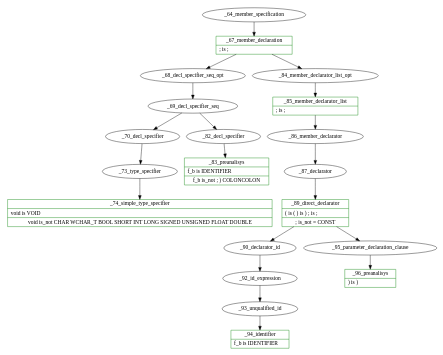
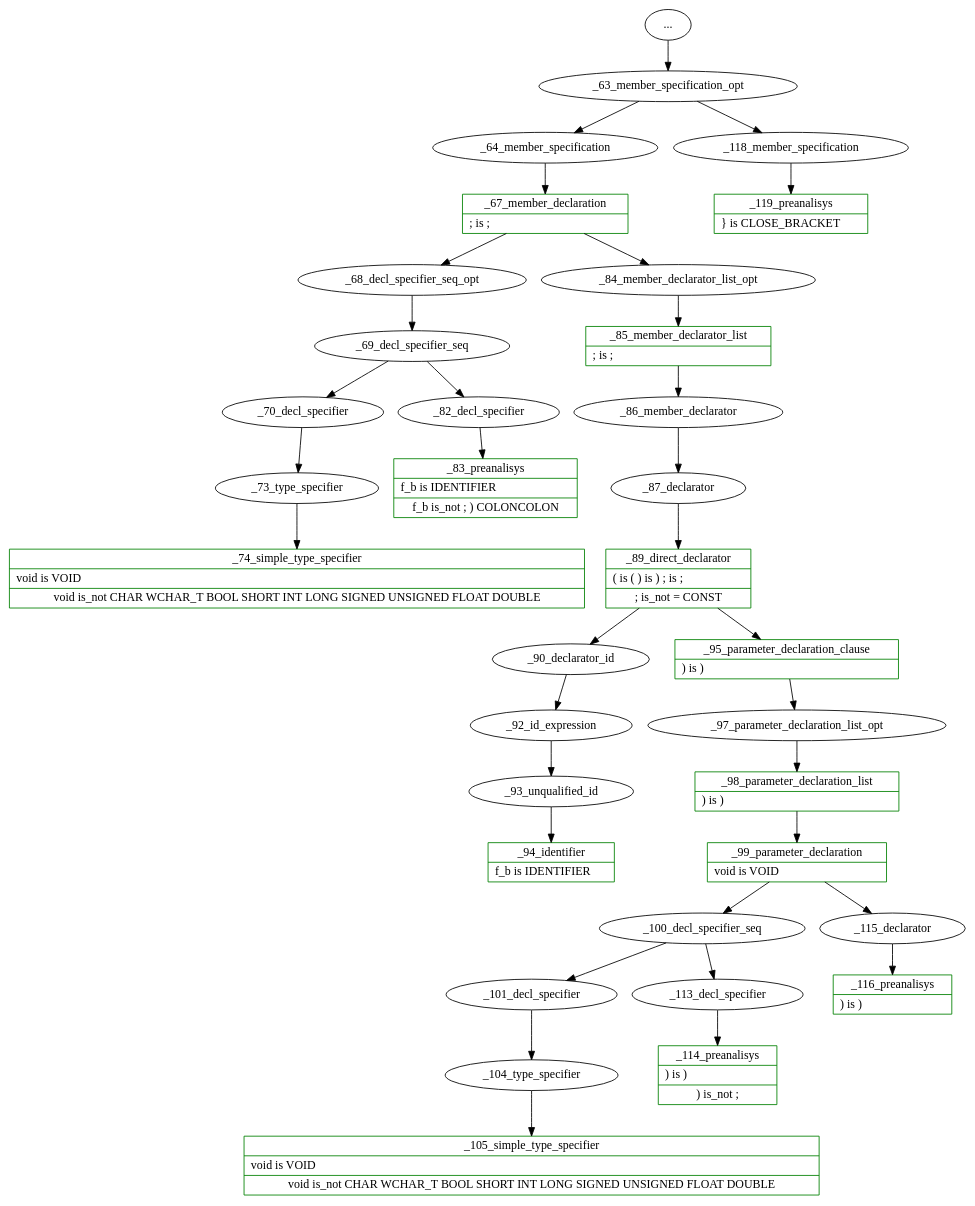
The diagram in programmer_manual/chapter_advanced_trace/inner_classes_03.dot (fructu/abidos_cpp_doc), drawn with Graphviz before and after one commit. The commit also changed 3 other files, not shown here.

```diff
--- a/programmer_manual/chapter_advanced_trace/inner_classes_03.dot
+++ b/programmer_manual/chapter_advanced_trace/inner_classes_03.dot
@@ -1,73 +1,126 @@
 digraph inner_classes_03 {
 //	rankdir=LR;
-	size="7,8!";
+//	size="7,8!";
 
-//  _CONTINUE_1 [label="..."]
+  _CONTINUE_1 [label="..."]
 //  _CONTINUE_2 [label="..."]
 
+  _63_member_specification_opt[label="_63_member_specification_opt"]
   _64_member_specification[label="_64_member_specification"]
 //  _65_preanalisys[label="{_65_preanalisys|void\ is_not \_}", shape="record", color=black, style=dotted]
 //  _66_access_specifier[label="{_66_access_specifier|void\ is_not PRIVATE\ PROTECTED\ PUBLIC}", shape="record", color=black, style=dotted]
   _67_member_declaration[label="{_67_member_declaration|; is  ; \l}", shape="record", color=green]
   _68_decl_specifier_seq_opt[label="_68_decl_specifier_seq_opt"]
   _69_decl_specifier_seq[label="_69_decl_specifier_seq"]
   _70_decl_specifier[label="_70_decl_specifier"]
 //  _71_preanalisys[label="{_71_preanalisys|void\ is_not ;\ )\ COLONCOLON\ IDENTIFIER\ ~\ #}", shape="record", color=black, style=dotted]
 //  _72_storage_class_specifier[label="{_72_storage_class_specifier|void\ is_not AUTO\ REGISTER\ STATIC\ EXTERN\ MUTABLE}", shape="record", color=black, style=dotted]
   _73_type_specifier[label="_73_type_specifier"]
   _74_simple_type_specifier[label="{_74_simple_type_specifier|void is VOID\l|void\ is_not CHAR\ WCHAR_T\ BOOL\ SHORT\ INT\ LONG\ SIGNED\ UNSIGNED\ FLOAT\ DOUBLE}", shape="record", color=green]
 //  _75_type_name[label="_75_type_name"]
 //  _76_class_name[label="{_76_class_name|void\ is_not CLASS_NAME}", shape="record", color=black, style=dotted]
 //  _77_enum_name[label="{_77_enum_name|void\ is_not ENUM\ ENUM_NAME}", shape="record", color=black, style=dotted]
 //  _78_typedef_name[label="{_78_typedef_name|void\ is_not TYPEDEF_NAME}", shape="record", color=black, style=dotted]
 //  _79_nested_name_specifier[label="{_79_nested_name_specifier|void\ is_not CLASS_NAME\ NAMESPACE_NAME\ TEMPLATE_NAME}", shape="record", color=black, style=dotted]
 //  _80_template_id[label="_80_template_id"]
 //  _81_template_name[label="{_81_template_name|void\ is_not TEMPLATE_NAME}", shape="record", color=black, style=dotted]
   _82_decl_specifier[label="_82_decl_specifier"]
   _83_preanalisys[label="{_83_preanalisys|f_b is IDENTIFIER\l|f_b\ is_not ;\ )\ COLONCOLON}", shape="record", color=green]
   _84_member_declarator_list_opt[label="_84_member_declarator_list_opt"]
   _85_member_declarator_list[label="{_85_member_declarator_list|; is  ; \l}", shape="record", color=green]
   _86_member_declarator[label="_86_member_declarator"]
   _87_declarator[label="_87_declarator"]
 //  _88_preanalisys[label="{_88_preanalisys|f_b\ is_not )\ ;}", shape="record", color=black, style=dotted]
   _89_direct_declarator[label="{_89_direct_declarator|( is  ( ) is  ) ; is  ; \l|;\ is_not =\ CONST}", shape="record", color=green]
   _90_declarator_id[label="_90_declarator_id"]
 //  _91_COLONCOLON_opt[label="{_91_COLONCOLON_opt|f_b\ is_not COLONCOLON}", shape="record", color=black, style=dotted]
   _92_id_expression[label="_92_id_expression"]
   _93_unqualified_id[label="_93_unqualified_id"]
   _94_identifier[label="{_94_identifier|f_b is IDENTIFIER\l}", shape="record", color=green]
-  _95_parameter_declaration_clause[label="_95_parameter_declaration_clause"]
-  _96_preanalisys[label="{_96_preanalisys|) is  ) \l}", shape="record", color=green]
+  _95_parameter_declaration_clause[label="{_95_parameter_declaration_clause|) is  ) \l}", shape="record", color=green]
+//  _96_preanalisys[label="{_96_preanalisys|void\ is_not )}", shape="record", color=black, style=dotted]
+  _97_parameter_declaration_list_opt[label="_97_parameter_declaration_list_opt"]
+  _98_parameter_declaration_list[label="{_98_parameter_declaration_list|) is  ) \l}", shape="record", color=green]
+  _99_parameter_declaration[label="{_99_parameter_declaration|void is VOID\l}", shape="record", color=green]
+  _100_decl_specifier_seq[label="_100_decl_specifier_seq"]
+  _101_decl_specifier[label="_101_decl_specifier"]
+//  _102_preanalisys[label="{_102_preanalisys|void\ is_not ;\ )\ COLONCOLON\ IDENTIFIER\ ~\ #}", shape="record", color=black, style=dotted]
+//  _103_storage_class_specifier[label="{_103_storage_class_specifier|void\ is_not AUTO\ REGISTER\ STATIC\ EXTERN\ MUTABLE}", shape="record", color=black, style=dotted]
+  _104_type_specifier[label="_104_type_specifier"]
+  _105_simple_type_specifier[label="{_105_simple_type_specifier|void is VOID\l|void\ is_not CHAR\ WCHAR_T\ BOOL\ SHORT\ INT\ LONG\ SIGNED\ UNSIGNED\ FLOAT\ DOUBLE}", shape="record", color=green]
+//  _106_type_name[label="_106_type_name"]
+//  _107_class_name[label="{_107_class_name|void\ is_not CLASS_NAME}", shape="record", color=black, style=dotted]
+//  _108_enum_name[label="{_108_enum_name|void\ is_not ENUM\ ENUM_NAME}", shape="record", color=black, style=dotted]
+//  _109_typedef_name[label="{_109_typedef_name|void\ is_not TYPEDEF_NAME}", shape="record", color=black, style=dotted]
+//  _110_nested_name_specifier[label="{_110_nested_name_specifier|void\ is_not CLASS_NAME\ NAMESPACE_NAME\ TEMPLATE_NAME}", shape="record", color=black, style=dotted]
+//  _111_template_id[label="_111_template_id"]
+//  _112_template_name[label="{_112_template_name|void\ is_not TEMPLATE_NAME}", shape="record", color=black, style=dotted]
+  _113_decl_specifier[label="_113_decl_specifier"]
+  _114_preanalisys[label="{_114_preanalisys|) is  ) \l|)\ is_not ;}", shape="record", color=green]
+  _115_declarator[label="_115_declarator"]
+  _116_preanalisys[label="{_116_preanalisys|) is  ) \l}", shape="record", color=green]
+//  _117_ELLIPSIS_opt[label="{_117_ELLIPSIS_opt|)\ is_not ELLIPSIS}", shape="record", color=black, style=dotted]
+  _118_member_specification[label="_118_member_specification"]
+  _119_preanalisys[label="{_119_preanalisys| \}  is  CLOSE_BRACKET \l}", shape="record", color=green]
 
 
+
+
+  _CONTINUE_1 -> _63_member_specification_opt;
+  _63_member_specification_opt->_64_member_specification;
+//  _64_member_specification->_65_preanalisys;
+//  _64_member_specification->_66_access_specifier;
   _64_member_specification->_67_member_declaration;
   _67_member_declaration->_68_decl_specifier_seq_opt;
   _68_decl_specifier_seq_opt->_69_decl_specifier_seq;
   _69_decl_specifier_seq->_70_decl_specifier;
 //  _70_decl_specifier->_71_preanalisys;
 //  _70_decl_specifier->_72_storage_class_specifier;
   _70_decl_specifier->_73_type_specifier;
   _73_type_specifier->_74_simple_type_specifier;
 //  _74_simple_type_specifier->_75_type_name;
 //  _75_type_name->_76_class_name;
 //  _75_type_name->_77_enum_name;
 //  _75_type_name->_78_typedef_name;
 //  _74_simple_type_specifier->_79_nested_name_specifier;
 //  _74_simple_type_specifier->_80_template_id;
 //  _80_template_id->_81_template_name;
   _69_decl_specifier_seq->_82_decl_specifier;
   _82_decl_specifier->_83_preanalisys;
   _67_member_declaration->_84_member_declarator_list_opt;
   _84_member_declarator_list_opt->_85_member_declarator_list;
   _85_member_declarator_list->_86_member_declarator;
   _86_member_declarator->_87_declarator;
 //  _87_declarator->_88_preanalisys;
   _87_declarator->_89_direct_declarator;
   _89_direct_declarator->_90_declarator_id;
 //  _90_declarator_id->_91_COLONCOLON_opt;
   _90_declarator_id->_92_id_expression;
   _92_id_expression->_93_unqualified_id;
   _93_unqualified_id->_94_identifier;
   _89_direct_declarator->_95_parameter_declaration_clause;
-  _95_parameter_declaration_clause->_96_preanalisys;
+//  _95_parameter_declaration_clause->_96_preanalisys;
+  _95_parameter_declaration_clause->_97_parameter_declaration_list_opt;
+  _97_parameter_declaration_list_opt->_98_parameter_declaration_list;
+  _98_parameter_declaration_list->_99_parameter_declaration;
+  _99_parameter_declaration->_100_decl_specifier_seq;
+  _100_decl_specifier_seq->_101_decl_specifier;
+//  _101_decl_specifier->_102_preanalisys;
+//  _101_decl_specifier->_103_storage_class_specifier;
+  _101_decl_specifier->_104_type_specifier;
+  _104_type_specifier->_105_simple_type_specifier;
+//  _105_simple_type_specifier->_106_type_name;
+//  _106_type_name->_107_class_name;
+//  _106_type_name->_108_enum_name;
+//  _106_type_name->_109_typedef_name;
+//  _105_simple_type_specifier->_110_nested_name_specifier;
+//  _105_simple_type_specifier->_111_template_id;
+//  _111_template_id->_112_template_name;
+  _100_decl_specifier_seq->_113_decl_specifier;
+  _113_decl_specifier->_114_preanalisys;
+  _99_parameter_declaration->_115_declarator;
+  _115_declarator->_116_preanalisys;
+//  _95_parameter_declaration_clause->_117_ELLIPSIS_opt;
+  _63_member_specification_opt->_118_member_specification;
+  _118_member_specification->_119_preanalisys;
 }
```
